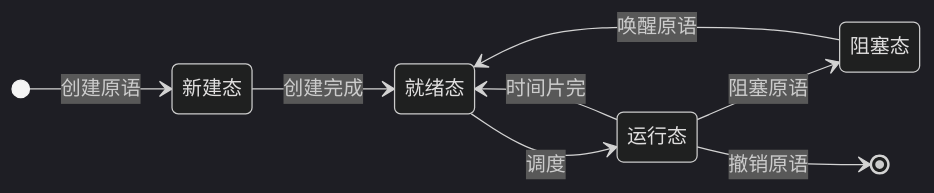
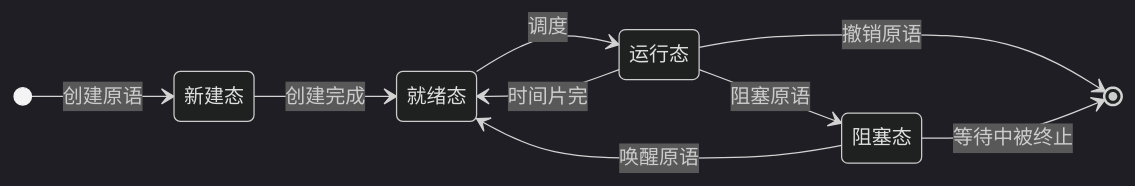
The first of 2 diagrams in topics/操作系统/原语.md (hicancan/njupt-knowledge), drawn with Mermaid (dark theme) before and after one commit. The commit also changed other lines of this file and 8 other files, not shown here.

````diff
--- a/topics/操作系统/原语.md
+++ b/topics/操作系统/原语.md
@@ -45,11 +45,12 @@
 ```mermaid
 stateDiagram-v2
     direction LR
     [*] --> 新建态: 创建原语
     新建态 --> 就绪态: 创建完成
     就绪态 --> 运行态: 调度
     运行态 --> 阻塞态: 阻塞原语
     阻塞态 --> 就绪态: 唤醒原语
     运行态 --> 就绪态: 时间片完
     运行态 --> [*]: 撤销原语
+    阻塞态 --> [*]: 等待中被终止
 ```
````
